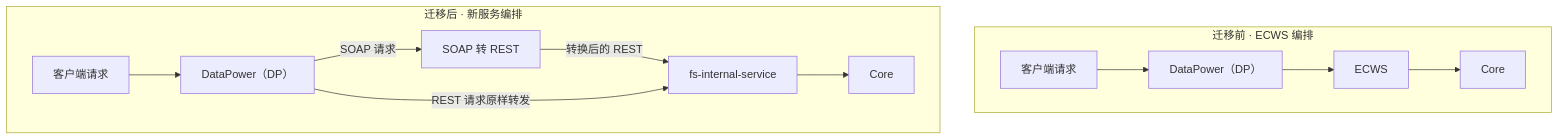
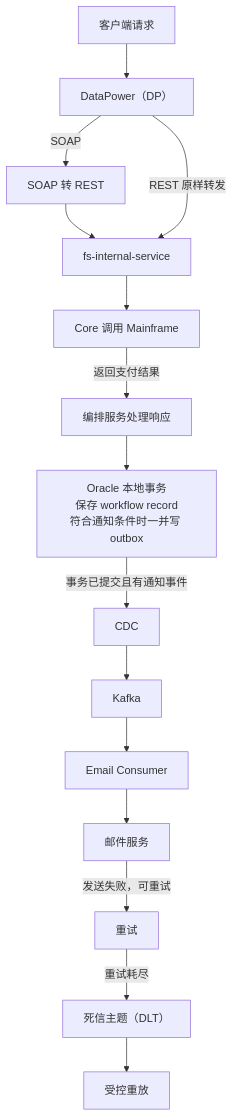
Before and after one commit to ChrisZZhong/zhichengzhong: the second of 2 diagrams in _posts/Interviews/2026-11-17-MadisonDavisProjectInterview.md, drawn with Mermaid. The commit also changed other lines of this file, not shown here.

Commit message:
Split payment migration and email flow into vertical diagrams

````diff
--- a/_posts/Interviews/2026-11-17-MadisonDavisProjectInterview.md
+++ b/_posts/Interviews/2026-11-17-MadisonDavisProjectInterview.md
@@ -24,15 +35,17 @@
 ```mermaid
-flowchart TB
-    subgraph legacy["迁移前 · ECWS 编排"]
-        oldReq["客户端请求"] --> oldDP["DataPower（DP）"]
-        oldDP --> ecws["ECWS"] --> oldCore["Core"]
-    end
-
-    subgraph migrated["迁移后 · 新服务编排"]
-        req["客户端请求"] --> dp["DataPower（DP）"]
-        dp -->|SOAP 请求| translator["SOAP 转 REST"]
-        translator -->|转换后的 REST| service["fs-internal-service"]
-        dp -->|REST 请求原样转发| service
-        service --> core["Core"]
-    end
+flowchart TD
+    req["客户端请求"] --> dp["DataPower（DP）"]
+    dp -->|SOAP| translate["SOAP 转 REST"]
+    translate --> service["fs-internal-service"]
+    dp -->|REST 原样转发| service
+    service --> core["Core 调用 Mainframe"]
+    core -->|返回支付结果| result["编排服务处理响应"]
+    result --> txn["Oracle 本地事务<br/>保存 workflow record<br/>符合通知条件时一并写 outbox"]
+    txn -->|事务已提交且有通知事件| cdc["CDC"]
+    cdc --> kafka["Kafka"]
+    kafka --> consumer["Email Consumer"]
+    consumer --> mail["邮件服务"]
+    mail -->|发送失败，可重试| retry["重试"]
+    retry -->|重试耗尽| dlt["死信主题（DLT）"]
+    dlt --> replay["受控重放"]
 ```
````
